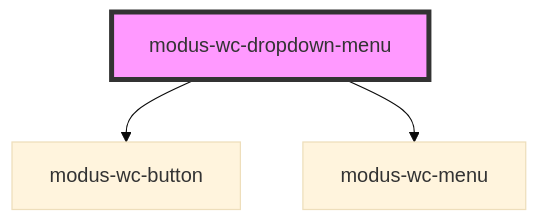
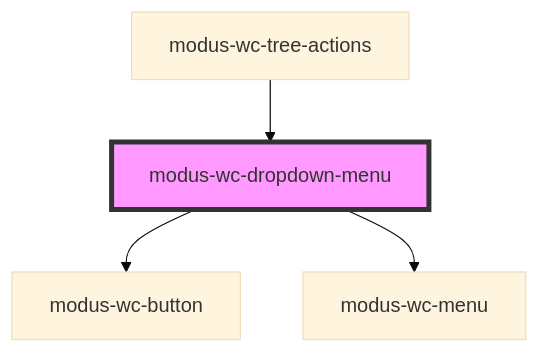
One commit to trimble-oss/modus-wc-2.0 changed the diagram in src/components/modus-wc-dropdown-menu/readme.md. Above: the diagram before and after it, drawn with Mermaid (base theme). The commit also changed other lines of this file and 3 other files, not shown here.

````diff
--- a/src/components/modus-wc-dropdown-menu/readme.md
+++ b/src/components/modus-wc-dropdown-menu/readme.md
@@ -47,6 +51,7 @@
 ```mermaid
 graph TD;
   modus-wc-dropdown-menu --> modus-wc-button
   modus-wc-dropdown-menu --> modus-wc-menu
+  modus-wc-tree-actions --> modus-wc-dropdown-menu
   style modus-wc-dropdown-menu fill:#f9f,stroke:#333,stroke-width:4px
 ```
````
